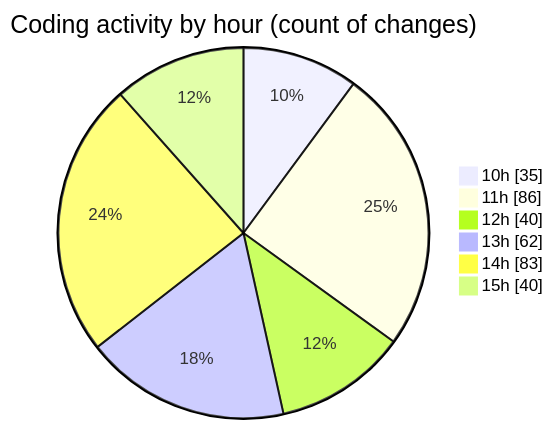
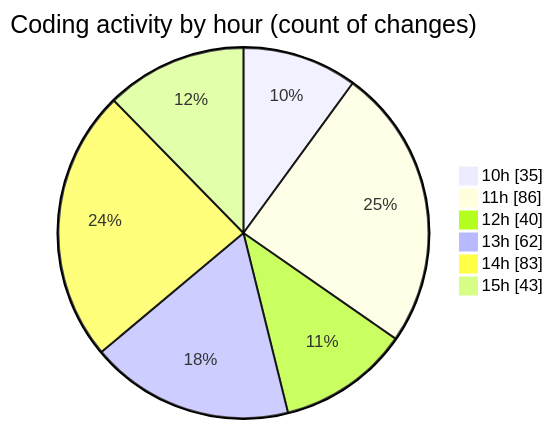
The second of 2 diagrams in 2025-03-28/cda/README.md (momahboobian/code-tracking), drawn with Mermaid before and after one commit. The commit also changed other lines of this file and 1 other file, not shown here.

````diff
--- a/2025-03-28/cda/README.md
+++ b/2025-03-28/cda/README.md
@@ -39,10 +41,10 @@
 ```mermaid
 pie showData
 title Coding activity by hour (count of changes)
 "10h" : 35
 "11h" : 86
 "12h" : 40
 "13h" : 62
 "14h" : 83
-"15h" : 40
+"15h" : 43
 ```
````
